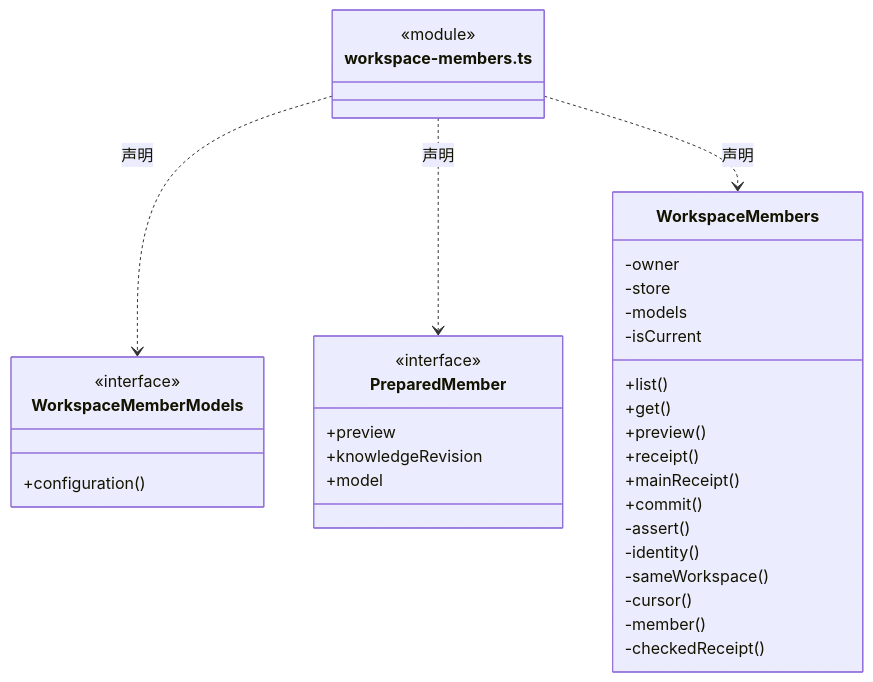
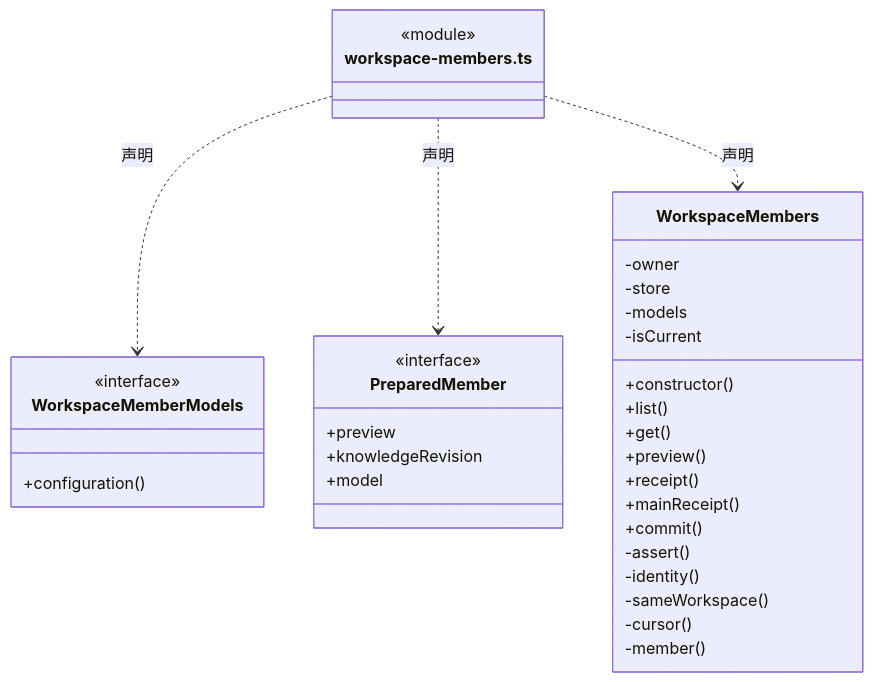
Before and after one commit to nan023062/cbim: the second of 4 diagrams in src/logic/team/service/ARCHITECTURE.md, drawn with Mermaid. The commit also changed other lines of this file and 139 other files, not shown here.

Commit message:
docs(architecture): add source reading paths and complete file inventories

````diff
--- a/src/logic/team/service/ARCHITECTURE.md
+++ b/src/logic/team/service/ARCHITECTURE.md
@@ -34,37 +38,37 @@
 ```mermaid
 classDiagram
 class N_src_logic_team_service_workspace_members_ts["workspace-members.ts"] {
   <<module>>
 }
 class N_src_logic_team_service_workspace_members_ts_WorkspaceMemberModels["WorkspaceMemberModels"] {
   <<interface>>
   +configuration()
 }
 N_src_logic_team_service_workspace_members_ts ..> N_src_logic_team_service_workspace_members_ts_WorkspaceMemberModels : 声明
 class N_src_logic_team_service_workspace_members_ts_PreparedMember["PreparedMember"] {
   <<interface>>
   +preview
   +knowledgeRevision
   +model
 }
 N_src_logic_team_service_workspace_members_ts ..> N_src_logic_team_service_workspace_members_ts_PreparedMember : 声明
 class N_src_logic_team_service_workspace_members_ts_WorkspaceMembers["WorkspaceMembers"] {
+  +constructor()
   +list()
   +get()
   +preview()
   +receipt()
   +mainReceipt()
   +commit()
   -owner
   -store
   -models
   -isCurrent
   -assert()
   -identity()
   -sameWorkspace()
   -cursor()
   -member()
-  -checkedReceipt()
 }
 N_src_logic_team_service_workspace_members_ts ..> N_src_logic_team_service_workspace_members_ts_WorkspaceMembers : 声明
 ```
````
